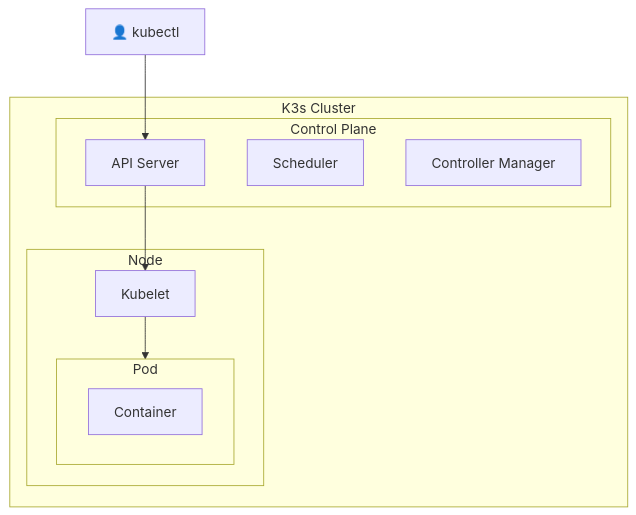
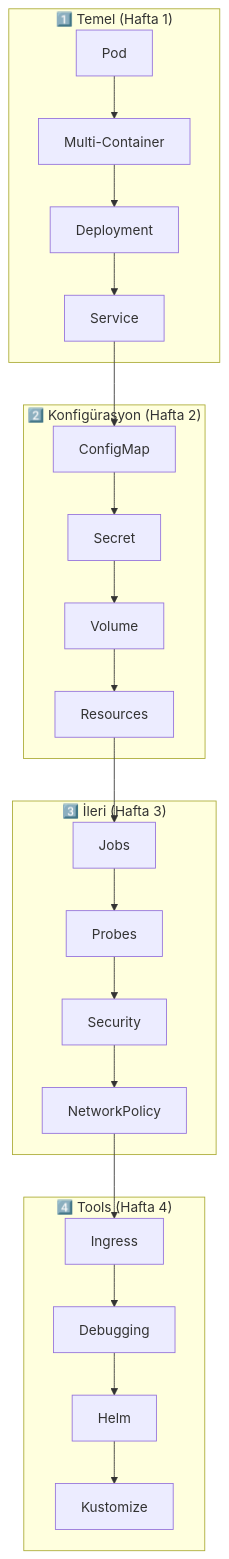
The diagram in README.md (uzunenes/CKAD), drawn with Mermaid before and after one commit. The commit also changed other lines of this file and 2 other files, not shown here.

````diff
--- a/README.md
+++ b/README.md
@@ -65,20 +36,30 @@
 ```mermaid
 graph TB
-    subgraph "K3s Cluster"
-        subgraph "Control Plane"
-            API[API Server]
-            SCHED[Scheduler]
-            CM[Controller Manager]
-        end
-        
-        subgraph "Node"
-            KUBELET[Kubelet]
-            subgraph "Pod"
-                C1[Container]
-            end
-        end
+    subgraph "1️⃣ Temel (Hafta 1)"
+        POD[Pod] --> MULTI[Multi-Container]
+        MULTI --> DEP[Deployment]
+        DEP --> SVC[Service]
     end
     
-    USER[👤 kubectl] --> API
-    API --> KUBELET --> Pod
+    subgraph "2️⃣ Konfigürasyon (Hafta 2)"
+        CM[ConfigMap] --> SEC[Secret]
+        SEC --> VOL[Volume]
+        VOL --> RES[Resources]
+    end
+    
+    subgraph "3️⃣ İleri (Hafta 3)"
+        JOB[Jobs] --> PROBE[Probes]
+        PROBE --> SECCTX[Security]
+        SECCTX --> NP[NetworkPolicy]
+    end
+    
+    subgraph "4️⃣ Tools (Hafta 4)"
+        ING[Ingress] --> DEBUG[Debugging]
+        DEBUG --> HELM[Helm]
+        HELM --> KUS[Kustomize]
+    end
+    
+    SVC --> CM
+    RES --> JOB
+    NP --> ING
 ```
````
